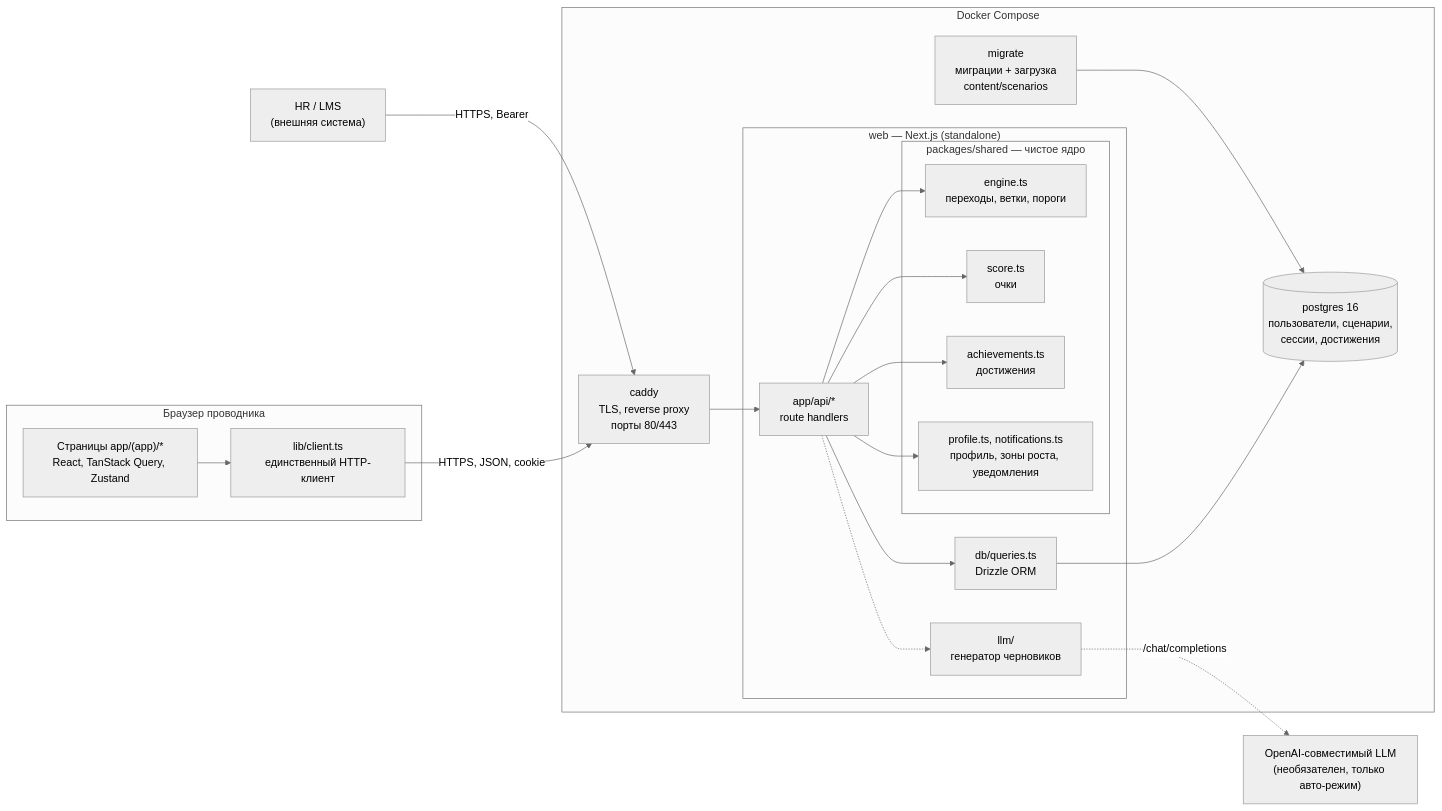
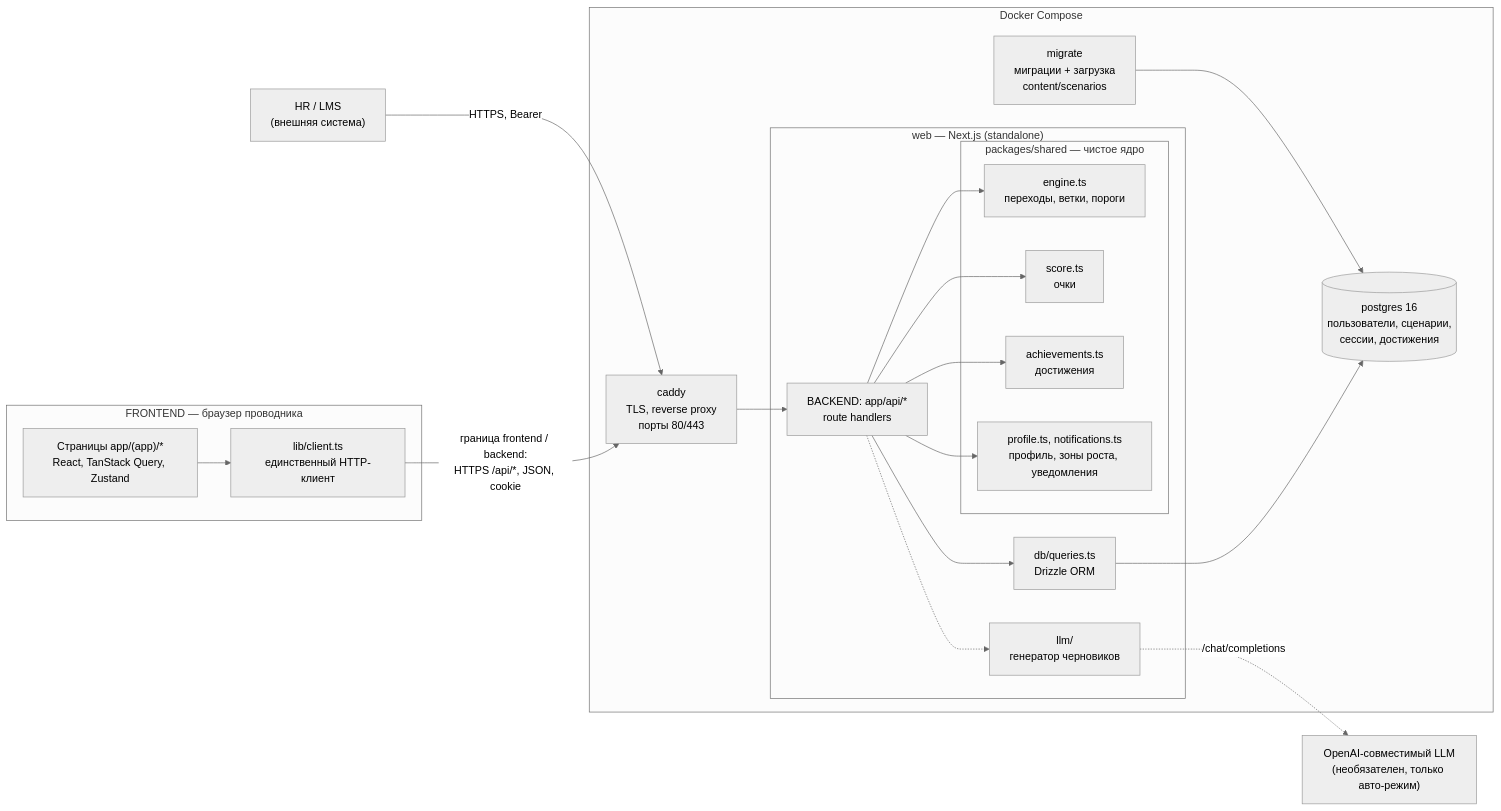
The first of 2 diagrams in docs/ARCHITECTURE.md (NoboKik/mt-hackathon-submission), drawn with Mermaid (neutral theme) before and after one commit. The commit also changed other lines of this file and 1 other file, not shown here.

First line of the commit message:
Docs: nine scenarios, inbound HR provisioning, explicit frontend/backend boundary

````diff
--- a/docs/ARCHITECTURE.md
+++ b/docs/ARCHITECTURE.md
@@ -23,39 +23,39 @@
 ```mermaid
 flowchart LR
-  subgraph client["Браузер проводника"]
+  subgraph client["FRONTEND — браузер проводника"]
     ui["Страницы app/(app)/*<br/>React, TanStack Query, Zustand"]
     http["lib/client.ts<br/>единственный HTTP-клиент"]
     ui --> http
   end
 
   hr["HR / LMS<br/>(внешняя система)"]
 
   subgraph compose["Docker Compose"]
     caddy["caddy<br/>TLS, reverse proxy<br/>порты 80/443"]
     subgraph web["web — Next.js (standalone)"]
-      api["app/api/*<br/>route handlers"]
+      api["BACKEND: app/api/*<br/>route handlers"]
       queries["db/queries.ts<br/>Drizzle ORM"]
       llmad["llm/<br/>генератор черновиков"]
       subgraph shared["packages/shared — чистое ядро"]
         engine["engine.ts<br/>переходы, ветки, пороги"]
         score["score.ts<br/>очки"]
         ach["achievements.ts<br/>достижения"]
         prof["profile.ts, notifications.ts<br/>профиль, зоны роста, уведомления"]
       end
       api --> engine & score & ach & prof
       api --> queries
       api -.-> llmad
     end
     pg[("postgres 16<br/>пользователи, сценарии,<br/>сессии, достижения")]
     migrate["migrate<br/>миграции + загрузка<br/>content/scenarios"]
   end
 
   llm["OpenAI-совместимый LLM<br/>(необязателен, только авто-режим)"]
 
-  http -- "HTTPS, JSON, cookie" --> caddy
+  http -- "граница frontend / backend:<br/>HTTPS /api/*, JSON, cookie" --> caddy
   hr -- "HTTPS, Bearer" --> caddy
   caddy --> api
   queries --> pg
   migrate --> pg
   llmad -. "/chat/completions" .-> llm
 ```
````
